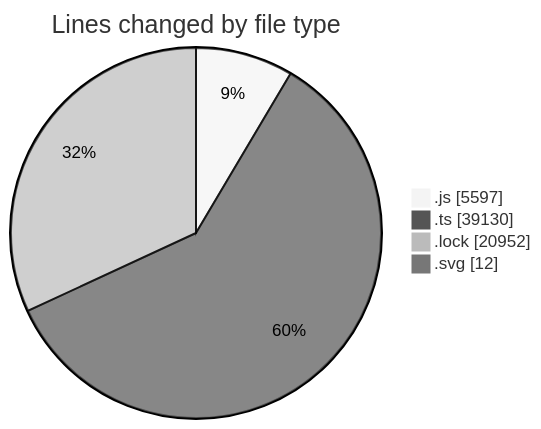
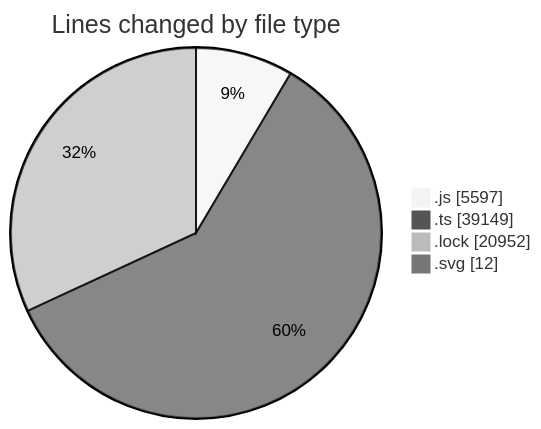
One commit to momahboobian/code-tracking changed the first of 2 diagrams in 2025-08-12/cda/README.md. Above: the diagram before and after it, drawn with Mermaid (neutral theme). The commit also changed other lines of this file and 1 other file, not shown here.

````diff
--- a/2025-08-12/cda/README.md
+++ b/2025-08-12/cda/README.md
@@ -42,8 +42,8 @@
 ```mermaid
 pie showData
 title Lines changed by file type
 ".js" : 5597
-".ts" : 39130
+".ts" : 39149
 ".lock" : 20952
 ".svg" : 12
 ```
````
